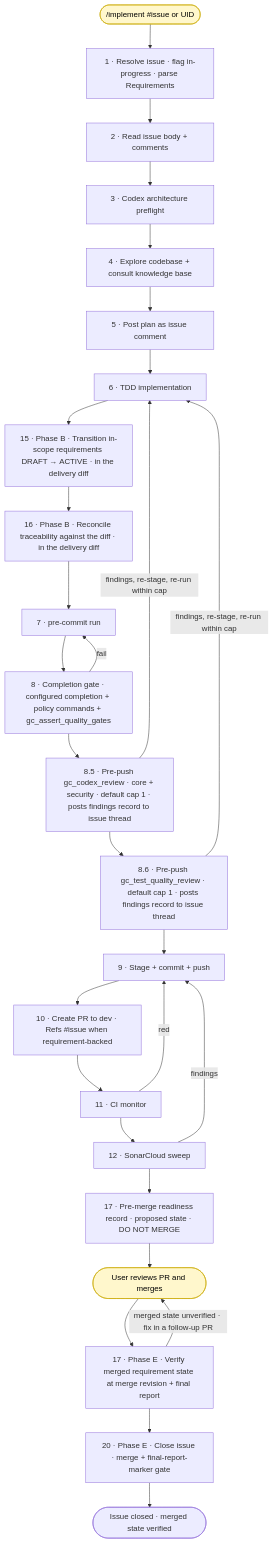
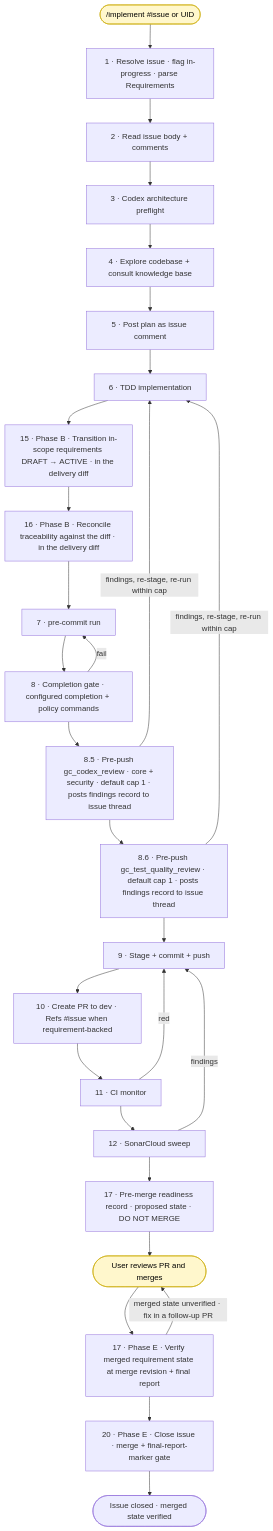
Before and after one commit to Brad-Edwards/Ground-Control: the diagram in docs/DEVELOPMENT_WORKFLOW.md, drawn with Mermaid. The commit also changed other lines of this file and 241 other files, not shown here.

````diff
--- a/docs/DEVELOPMENT_WORKFLOW.md
+++ b/docs/DEVELOPMENT_WORKFLOW.md
@@ -151,57 +143,57 @@
 ```mermaid
 flowchart TB
   Start([/implement #issue or UID])
   S1[1 · Resolve issue · flag in-progress · parse Requirements]
   S2[2 · Read issue body + comments]
   S3[3 · Codex architecture preflight]
   S4[4 · Explore codebase + consult knowledge base]
   S5[5 · Post plan as issue comment]
   S6[6 · TDD implementation]
   S15[15 · Phase B · Transition in-scope requirements DRAFT → ACTIVE · in the delivery diff]
   S16[16 · Phase B · Reconcile traceability against the diff · in the delivery diff]
   S7[7 · pre-commit run]
-  S8[8 · Completion gate · configured completion + policy commands + gc_assert_quality_gates]
+  S8[8 · Completion gate · configured completion + policy commands]
   S8b[8.5 · Pre-push gc_codex_review · core + security · default cap 1 · posts findings record to issue thread]
   S8c[8.6 · Pre-push gc_test_quality_review · default cap 1 · posts findings record to issue thread]
   S9[9 · Stage + commit + push]
   S10[10 · Create PR to dev · Refs #issue when requirement-backed]
   S11[11 · CI monitor]
   S12[12 · SonarCloud sweep]
   S17r[17 · Pre-merge readiness record · proposed state · DO NOT MERGE]
   End([User reviews PR and merges])
   S17d[17 · Phase E · Verify merged requirement state at merge revision + final report]
   S20[20 · Phase E · Close issue · merge + final-report-marker gate]
   Done([Issue closed · merged state verified])
 
   Start --> S1
   S1 --> S2
   S2 --> S3
   S3 --> S4
   S4 --> S5
   S5 --> S6
   S6 --> S15
   S15 --> S16
   S16 --> S7
   S7 --> S8
   S8 --> S8b
   S8b --> S8c
   S8c --> S9
   S9 --> S10
   S10 --> S11
   S11 --> S12
   S12 --> S17r
   S17r --> End
   End --> S17d
   S17d --> S20
   S20 --> Done
 
   S8 -->|fail| S7
   S8b -->|findings, re-stage, re-run within cap| S6
   S8c -->|findings, re-stage, re-run within cap| S6
   S11 -->|red| S9
   S12 -->|findings| S9
   S17d -->|merged state unverified · fix in a follow-up PR| End
 
   classDef user fill:#fff7cc,stroke:#c9a900,color:#000
   class Start,End user
 ```
````
